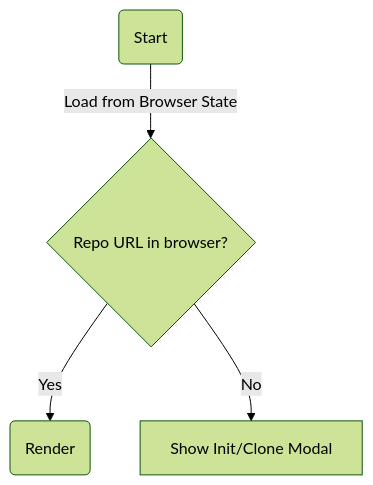
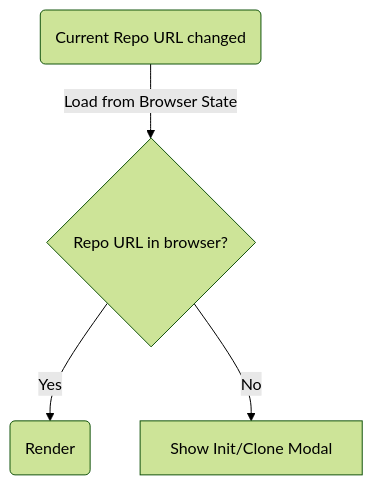
The diagram in t4rD77Dy-co_tSRwiscVs.md (sengac/gitfeatures-spec), drawn with Mermaid (forest theme) before and after one commit. The commit also changed other lines of this file and 1 other file, not shown here.

````diff
--- a/t4rD77Dy-co_tSRwiscVs.md
+++ b/t4rD77Dy-co_tSRwiscVs.md
@@ -2,7 +10,6 @@
 ```mermaid
 graph TD
-    A(Start) -->|Load from Browser State| B{Repo URL in browser?}
+    A(Current Repo URL changed) -->|Load from Browser State| B{Repo URL in browser?}
     B -->|Yes| D(Render)
     B -->|No| E[Show Init/Clone Modal]
-
 ```
````
